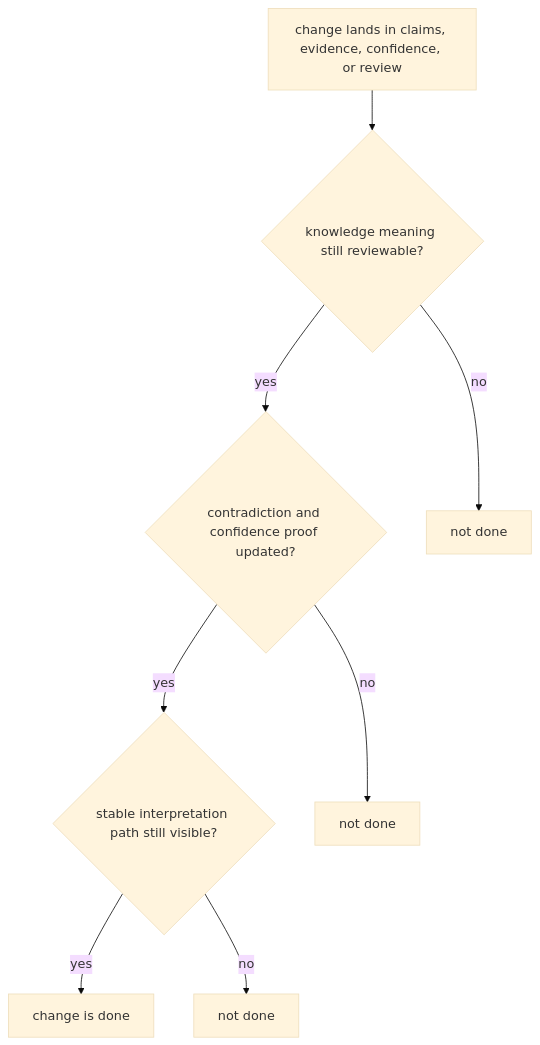
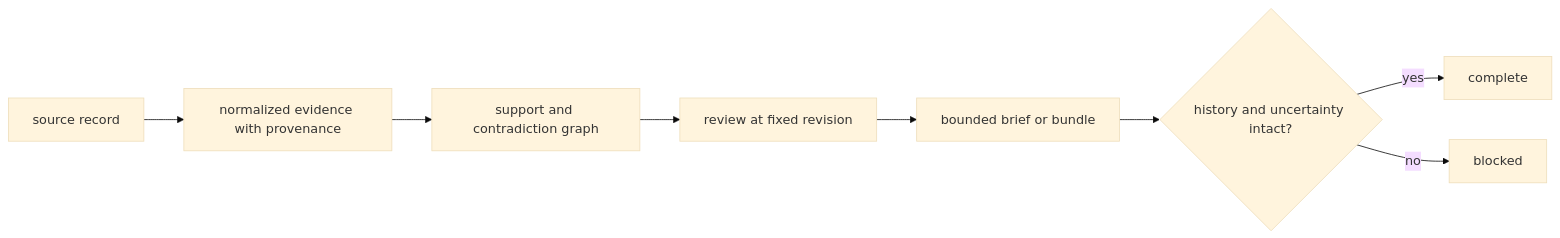
The diagram in docs/06-bijux-proteomics-knowledge/quality/definition-of-done.md (bijux/bijux-proteomics), drawn with Mermaid (base theme) before and after one commit. The commit also changed other lines of this file and 2 other files, not shown here.

Commit message:
docs(knowledge): preserve evidence custody boundaries

````diff
--- a/docs/06-bijux-proteomics-knowledge/quality/definition-of-done.md
+++ b/docs/06-bijux-proteomics-knowledge/quality/definition-of-done.md
@@ -18,16 +32,10 @@
 ```mermaid
-flowchart TB
-    change["change lands in claims, evidence, confidence, or review"]
-    meaning{"knowledge meaning still reviewable?"}
-    proof{"contradiction and confidence proof updated?"}
-    downstream{"stable interpretation path still visible?"}
-    done["change is done"]
-
-    change --> meaning
-    meaning -->|yes| proof
-    meaning -->|no| block1["not done"]
-    proof -->|yes| downstream
-    proof -->|no| block2["not done"]
-    downstream -->|yes| done
-    downstream -->|no| block3["not done"]
+flowchart LR
+    S["source record"] --> N["normalized evidence with provenance"]
+    N --> G["support and contradiction graph"]
+    G --> R["review at fixed revision"]
+    R --> B["bounded brief or bundle"]
+    B --> A{"history and uncertainty intact?"}
+    A -->|yes| D["complete"]
+    A -->|no| X["blocked"]
 ```
````
